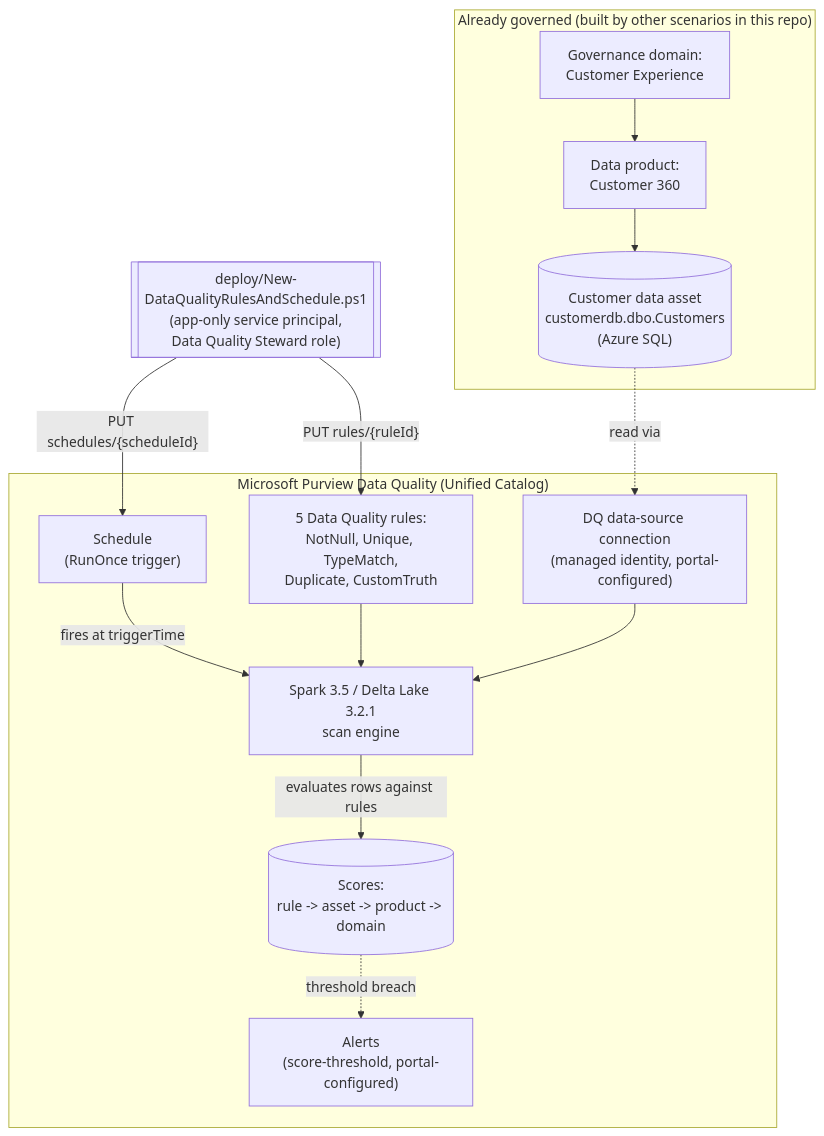
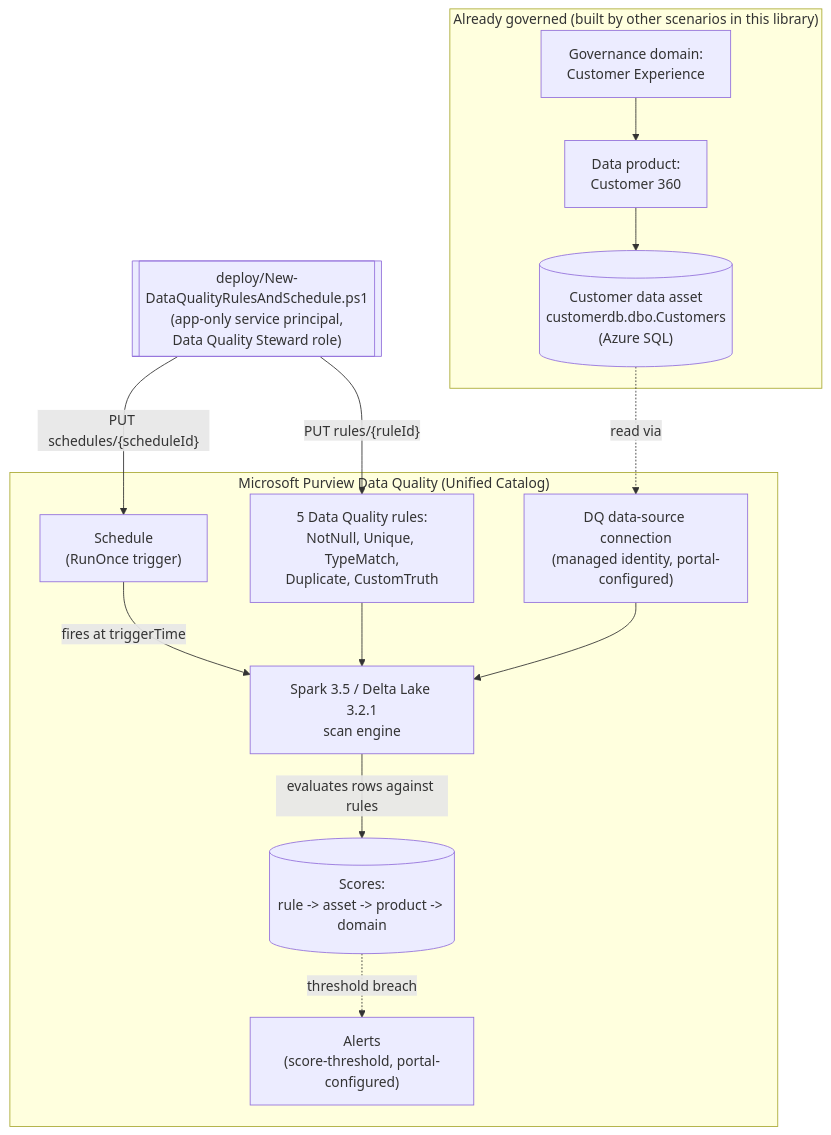
Before and after one commit to kpsec1/kpsec1.github.io: the diagram in src/content/scenarios/data-quality/rules-and-scorecards.md, drawn with Mermaid. The commit also changed 269 other files, not shown here.

````diff
--- a/src/content/scenarios/data-quality/rules-and-scorecards.md
+++ b/src/content/scenarios/data-quality/rules-and-scorecards.md
@@ -55,29 +55,29 @@
 ```mermaid
 flowchart TD
-    subgraph Prereqs["Already governed (built by other scenarios in this repo)"]
+    subgraph Prereqs["Already governed (built by other scenarios in this library)"]
         Asset[("Customer data asset<br/>customerdb.dbo.Customers<br/>(Azure SQL)")]
         Domain["Governance domain:<br/>Customer Experience"]
         Product["Data product:<br/>Customer 360"]
     end
 
     subgraph DQ["Microsoft Purview Data Quality (Unified Catalog)"]
         Conn["DQ data-source connection<br/>(managed identity, portal-configured)"]
         Rules["5 Data Quality rules:<br/>NotNull, Unique, TypeMatch,<br/>Duplicate, CustomTruth"]
         Sched["Schedule<br/>(RunOnce trigger)"]
         Spark["Spark 3.5 / Delta Lake 3.2.1<br/>scan engine"]
         Scores[("Scores:<br/>rule -> asset -> product -> domain")]
         Alerts["Alerts<br/>(score-threshold, portal-configured)"]
     end
 
     Deployer[["deploy/New-DataQualityRulesAndSchedule.ps1<br/>(app-only service principal,<br/>Data Quality Steward role)"]]
 
     Domain --> Product --> Asset
     Asset -.->|read via| Conn
     Deployer -- "PUT rules/{ruleId}" --> Rules
     Deployer -- "PUT schedules/{scheduleId}" --> Sched
     Sched -- "fires at triggerTime" --> Spark
     Rules --> Spark
     Conn --> Spark
     Spark -- "evaluates rows against rules" --> Scores
     Scores -.->|threshold breach| Alerts
 ```
````
